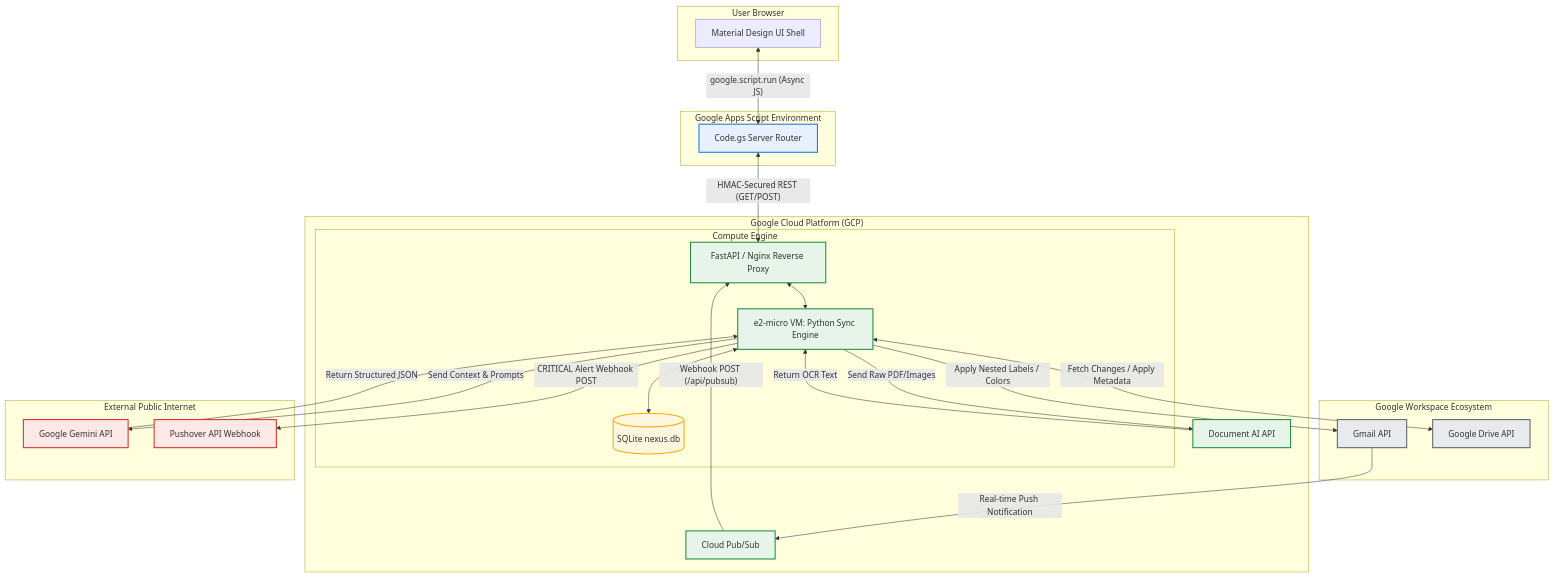
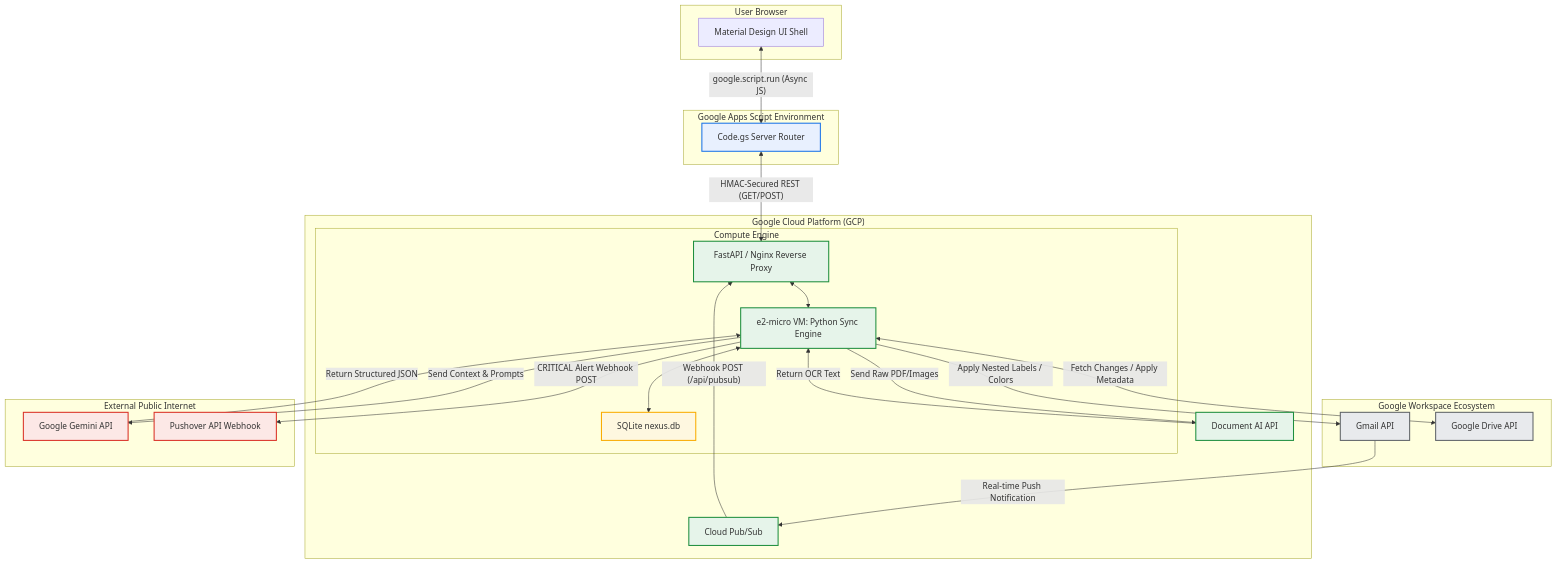
The second of 8 diagrams in README.md (FrankXLT/Nexus-Hub-for-Google), drawn with Mermaid before and after one commit. The commit also changed other lines of this file and 11 other files, not shown here.

````diff
--- a/README.md
+++ b/README.md
@@ -126,65 +170,65 @@
 ```mermaid
 flowchart TB
     %% Styling Classes
     classDef workspace fill:#e8eaed,stroke:#5f6368,stroke-width:2px;
     classDef appsScript fill:#e8f0fe,stroke:#1a73e8,stroke-width:2px;
     classDef gcp fill:#e6f4ea,stroke:#1e8e3e,stroke-width:2px;
     classDef external fill:#fce8e6,stroke:#d93025,stroke-width:2px;
     classDef database fill:#fef7e0,stroke:#f9ab00,stroke-width:2px;
 
     subgraph User Browser
         UI[Material Design UI Shell]
     end
 
     subgraph Google Apps Script Environment
         GS[Code.gs Server Router]
     end
     class GS appsScript
 
     subgraph Google Workspace Ecosystem
         Gmail[Gmail API]
         Drive[Google Drive API]
     end
     class Gmail,Drive workspace
 
     subgraph "Google Cloud Platform (GCP)"
         PubSub[Cloud Pub/Sub]
         DocAI[Document AI API]
         
         subgraph Compute Engine
             VM[e2-micro VM: Python Sync Engine]
             WH[FastAPI / Nginx Reverse Proxy]
-            DB[(SQLite nexus.db)]
+            DB[SQLite nexus.db]
             
             WH <--> VM
             VM <--> DB
         end
     end
     class PubSub,DocAI,VM,WH gcp
     class DB database
 
     subgraph External Public Internet
         Gemini[Google Gemini API]
         Pushover[Pushover API Webhook]
     end
     class Gemini,Pushover external
 
     %% Connections
     UI -- "google.script.run (Async JS)" <--> GS
     
     GS -- "HMAC-Secured REST (GET/POST)" <--> WH
     
     Gmail -- "Real-time Push Notification" --> PubSub
     PubSub -- "Webhook POST (/api/pubsub)" --> WH
     
     VM -- "Fetch Changes / Apply Metadata" <--> Drive
     VM -- "Apply Nested Labels / Colors" --> Gmail
     
     VM -- "Send Raw PDF/Images" --> DocAI
     DocAI -- "Return OCR Text" --> VM
     
     VM -- "Send Context & Prompts" --> Gemini
     Gemini -- "Return Structured JSON" --> VM
     
     VM -- "CRITICAL Alert Webhook POST" --> Pushover
 ```
````
